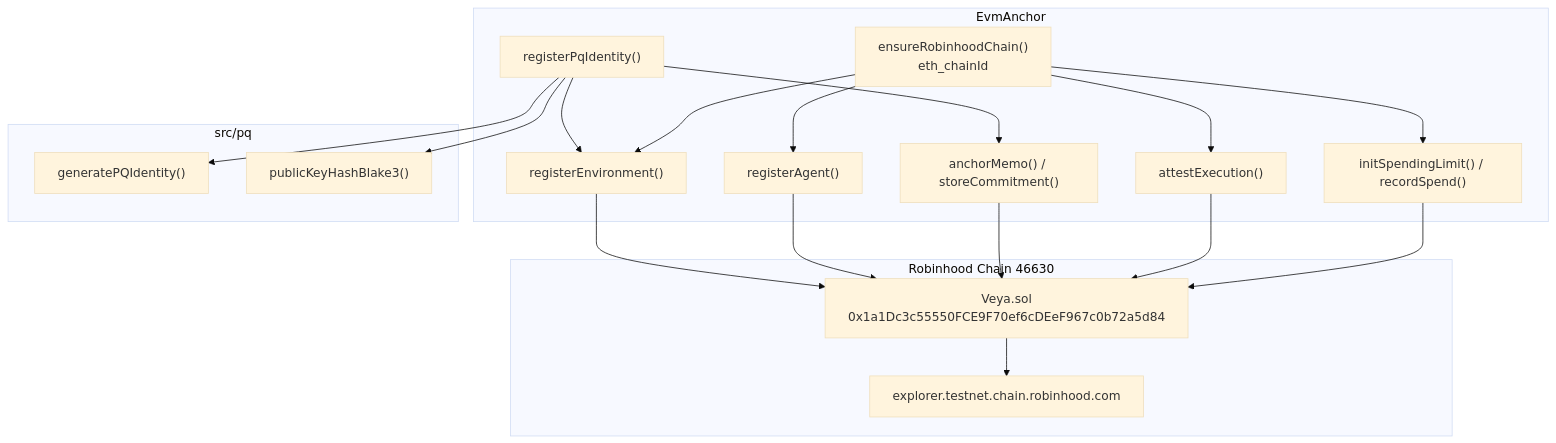
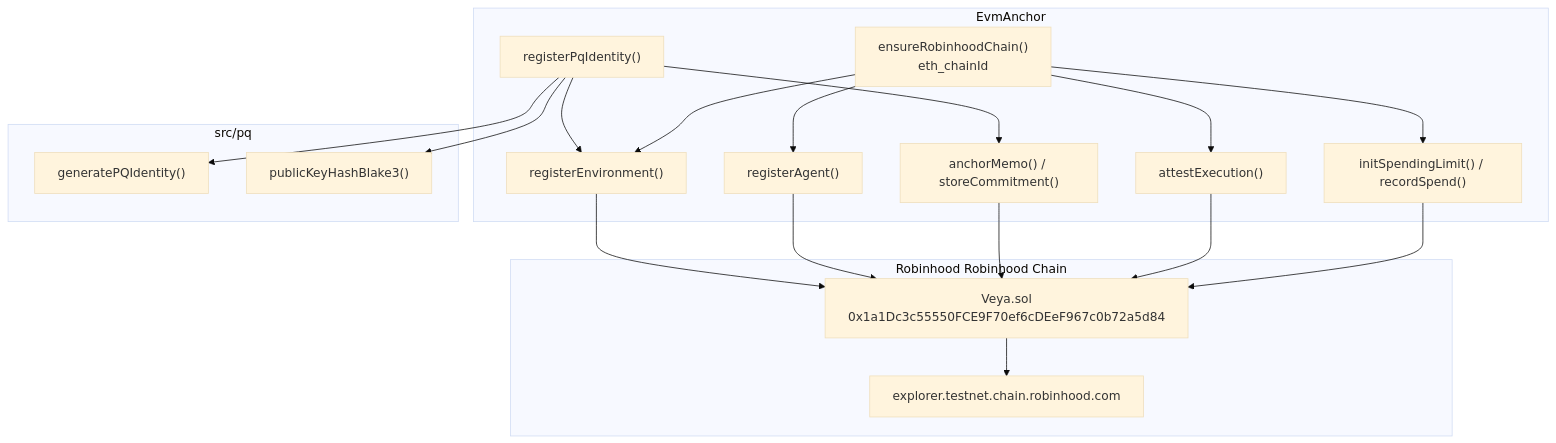
The first of 2 diagrams in docs/sdk/evm-anchoring.md (veyanet/veya-sdk), drawn with Mermaid (base theme) before and after one commit. The commit also changed other lines of this file, not shown here.

````diff
--- a/docs/sdk/evm-anchoring.md
+++ b/docs/sdk/evm-anchoring.md
@@ -81,37 +79,37 @@
 ```mermaid
 flowchart TB
     subgraph SDK["EvmAnchor"]
         GATE["ensureRobinhoodChain()\neth_chainId"]
         RE["registerEnvironment()"]
         RA["registerAgent()"]
         AM["anchorMemo() / storeCommitment()"]
         RPI["registerPqIdentity()"]
         AE["attestExecution()"]
         SP["initSpendingLimit() / recordSpend()"]
     end
 
     subgraph PQ["src/pq"]
         KG["generatePQIdentity()"]
         H3["publicKeyHashBlake3()"]
     end
 
-    subgraph Chain["Robinhood Chain 46630"]
+    subgraph Chain["Robinhood Robinhood Chain"]
         VEYA["Veya.sol\n0x1a1Dc3c55550FCE9F70ef6cDEeF967c0b72a5d84"]
         EXP["explorer.testnet.chain.robinhood.com"]
     end
 
     RPI --> KG
     RPI --> H3
     RPI --> RE
     RPI --> AM
     GATE --> RE
     GATE --> RA
     GATE --> AE
     GATE --> SP
     RE --> VEYA
     RA --> VEYA
     AM --> VEYA
     AE --> VEYA
     SP --> VEYA
     VEYA --> EXP
 ```
````
